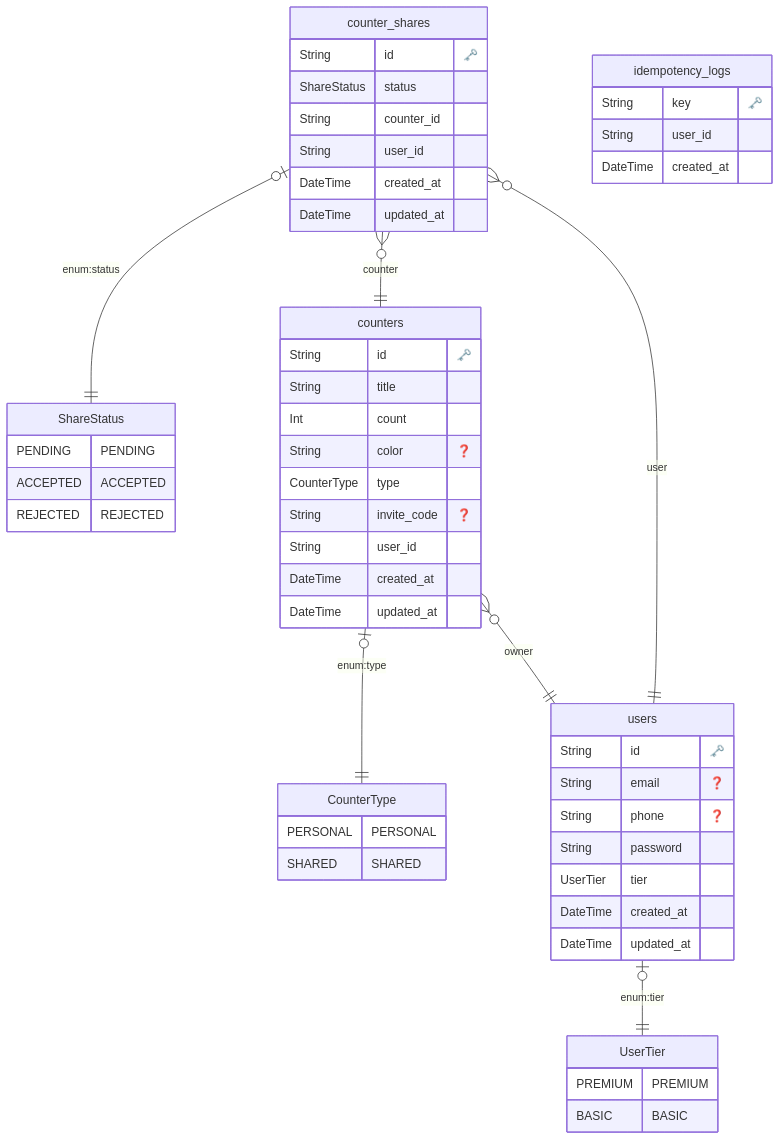
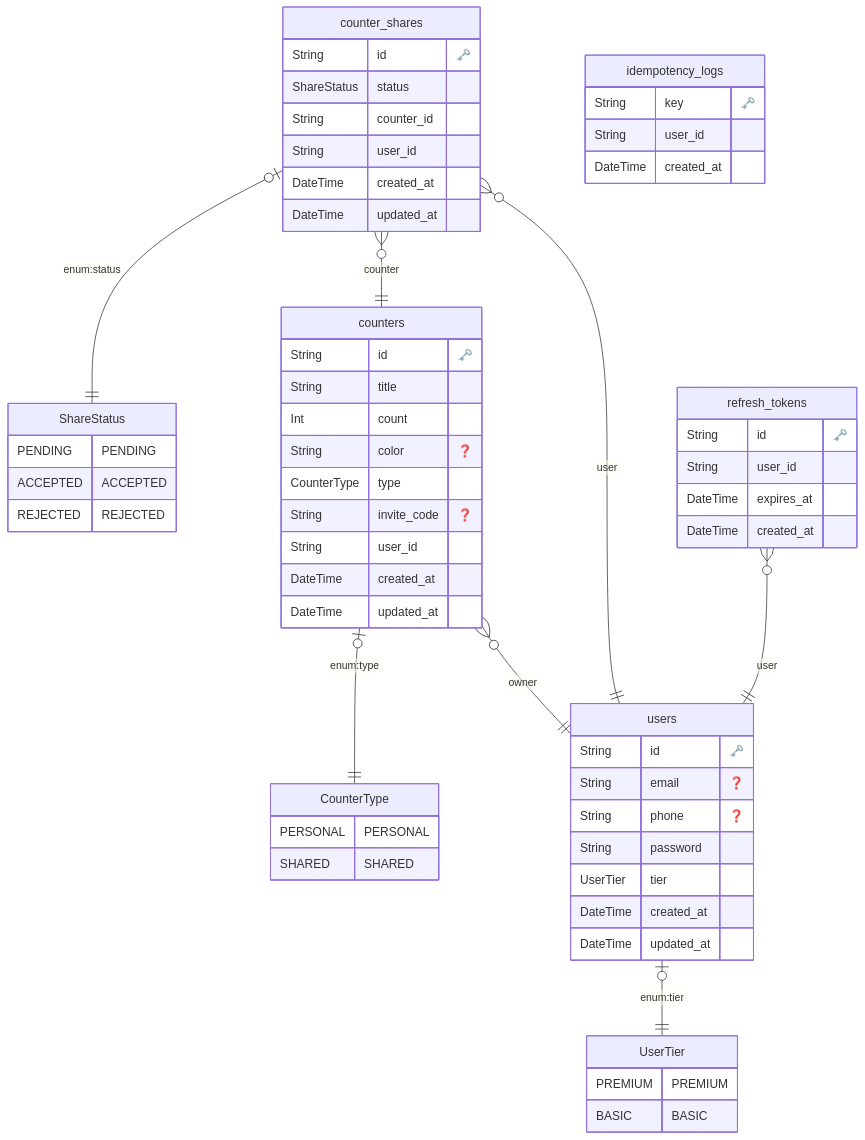
Before and after one commit to michaelgreenl/tally-tracker: the diagram in server/docs/diagrams/architecture/ERD.md, drawn with Mermaid. The commit also changed 3 other files, not shown here.

Commit message:
feat(db): added RefreshToken model and migration, update ERD

````diff
--- a/server/docs/diagrams/architecture/ERD.md
+++ b/server/docs/diagrams/architecture/ERD.md
@@ -1,70 +1,79 @@
 ```mermaid
 erDiagram
 
         CounterType {
             PERSONAL PERSONAL
 SHARED SHARED
         }
     
 
 
         ShareStatus {
             PENDING PENDING
 ACCEPTED ACCEPTED
 REJECTED REJECTED
         }
     
 
 
         UserTier {
             PREMIUM PREMIUM
 BASIC BASIC
         }
     
   "counters" {
     String id "🗝️"
     String title 
     Int count 
     String color "❓"
     CounterType type 
     String invite_code "❓"
     String user_id 
     DateTime created_at 
     DateTime updated_at 
     }
   
 
   "counter_shares" {
     String id "🗝️"
     ShareStatus status 
     String counter_id 
     String user_id 
     DateTime created_at 
     DateTime updated_at 
     }
   
 
   "idempotency_logs" {
     String key "🗝️"
     String user_id 
     DateTime created_at 
     }
   
 
+  "refresh_tokens" {
+    String id "🗝️"
+    String user_id 
+    DateTime expires_at 
+    DateTime created_at 
+    }
+  
+
   "users" {
     String id "🗝️"
     String email "❓"
     String phone "❓"
     String password 
     UserTier tier 
     DateTime created_at 
     DateTime updated_at 
     }
   
     "counters" |o--|| "CounterType" : "enum:type"
     "counters" }o--|| users : "owner"
     "counter_shares" |o--|| "ShareStatus" : "enum:status"
     "counter_shares" }o--|| counters : "counter"
     "counter_shares" }o--|| users : "user"
+    "refresh_tokens" }o--|| users : "user"
     "users" |o--|| "UserTier" : "enum:tier"
 ```
````
